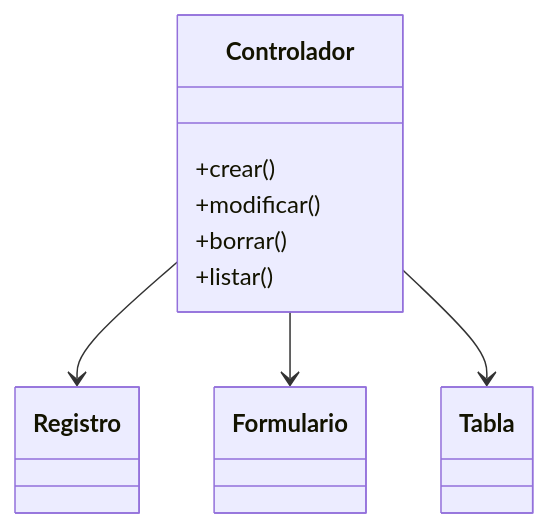
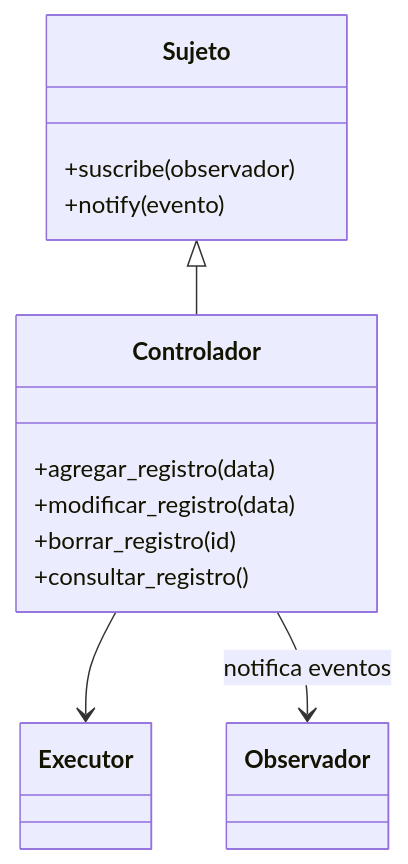
Before and after one commit to tottipensotti/workit: the diagram in docs/source/controlador.rst, drawn with Mermaid. The commit also changed other lines of this file and 5 other files, not shown here.

```diff
--- a/docs/source/controlador.rst
+++ b/docs/source/controlador.rst
@@ -31,14 +32,22 @@
 .. mermaid::
 
    classDiagram
 
-      class Controlador {
-         +crear()
-         +modificar()
-         +borrar()
-         +listar()
+      class Sujeto {
+         +suscribe(observador)
+         +notify(evento)
       }
 
-      Controlador --> Registro
-      Controlador --> Formulario
-      Controlador --> Tabla
+      class Controlador {
+         +agregar_registro(data)
+         +modificar_registro(data)
+         +borrar_registro(id)
+         +consultar_registro()
+      }
+
+      class Executor
+      class Observador
+
+      Sujeto <|-- Controlador
+      Controlador --> Executor
+      Controlador --> Observador : notifica eventos
```
